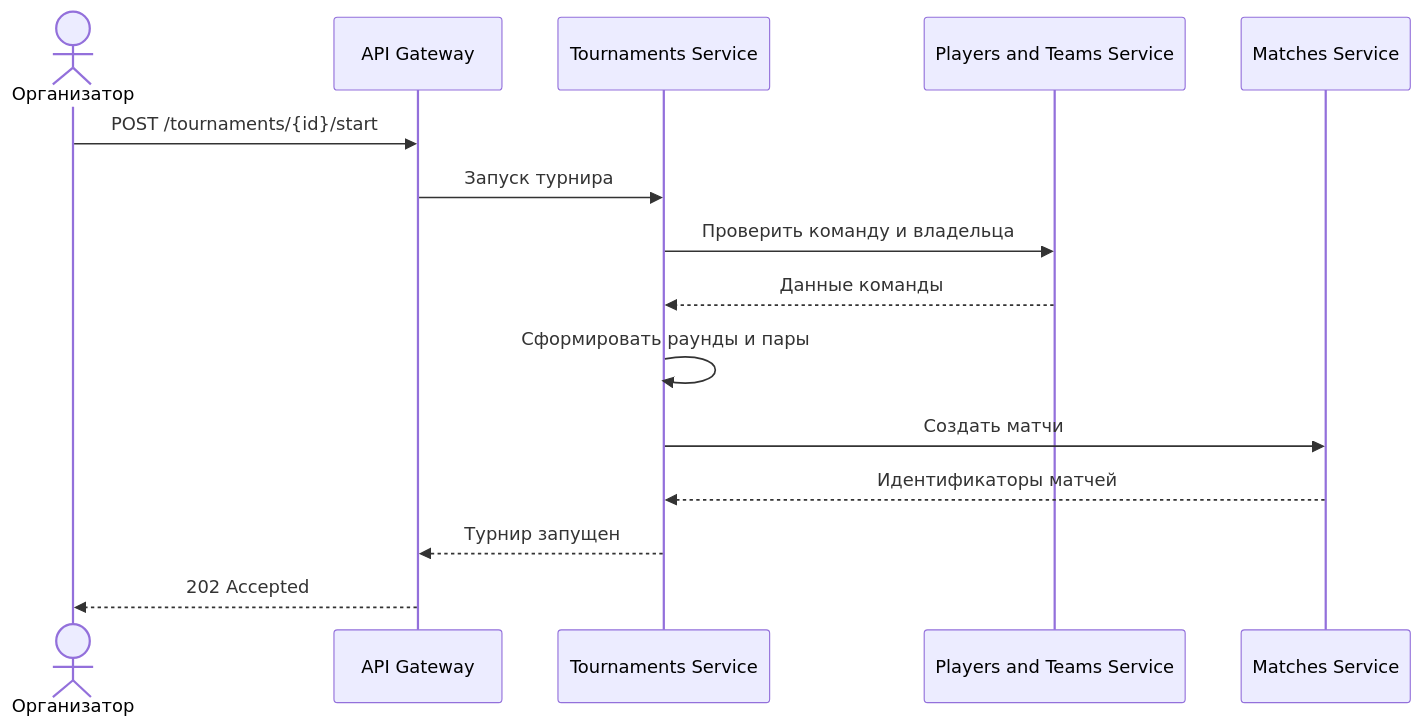
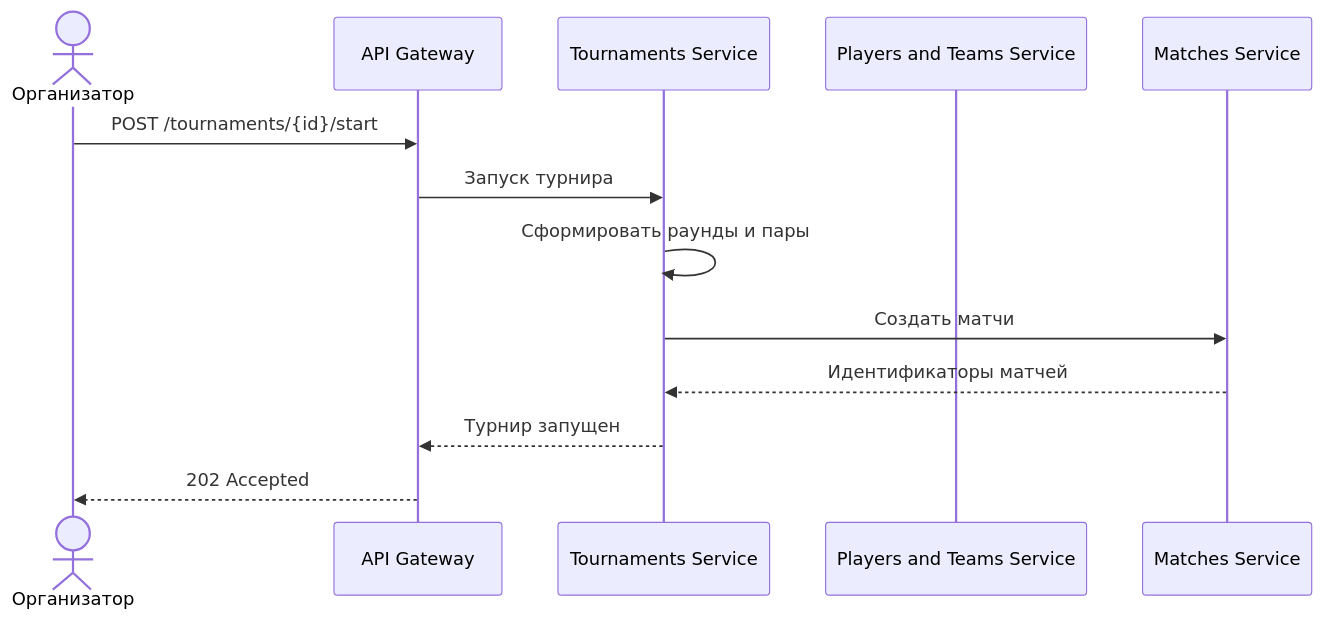
One commit to Neyvk/TournamentPlatform changed the second of 3 diagrams in docs/ARCHITECTURE.md. Above: the diagram before and after it, drawn with Mermaid. The commit also changed other lines of this file and 2 other files, not shown here.

````diff
--- a/docs/ARCHITECTURE.md
+++ b/docs/ARCHITECTURE.md
@@ -235,18 +239,16 @@
 ```mermaid
 sequenceDiagram
     actor Organizer as Организатор
     participant Gateway as API Gateway
     participant Tournaments as Tournaments Service
     participant Players as Players and Teams Service
     participant Matches as Matches Service
 
     Organizer->>Gateway: POST /tournaments/{id}/start
     Gateway->>Tournaments: Запуск турнира
-    Tournaments->>Players: Проверить команду и владельца
-    Players-->>Tournaments: Данные команды
     Tournaments->>Tournaments: Сформировать раунды и пары
     Tournaments->>Matches: Создать матчи
     Matches-->>Tournaments: Идентификаторы матчей
     Tournaments-->>Gateway: Турнир запущен
     Gateway-->>Organizer: 202 Accepted
 ```
````
